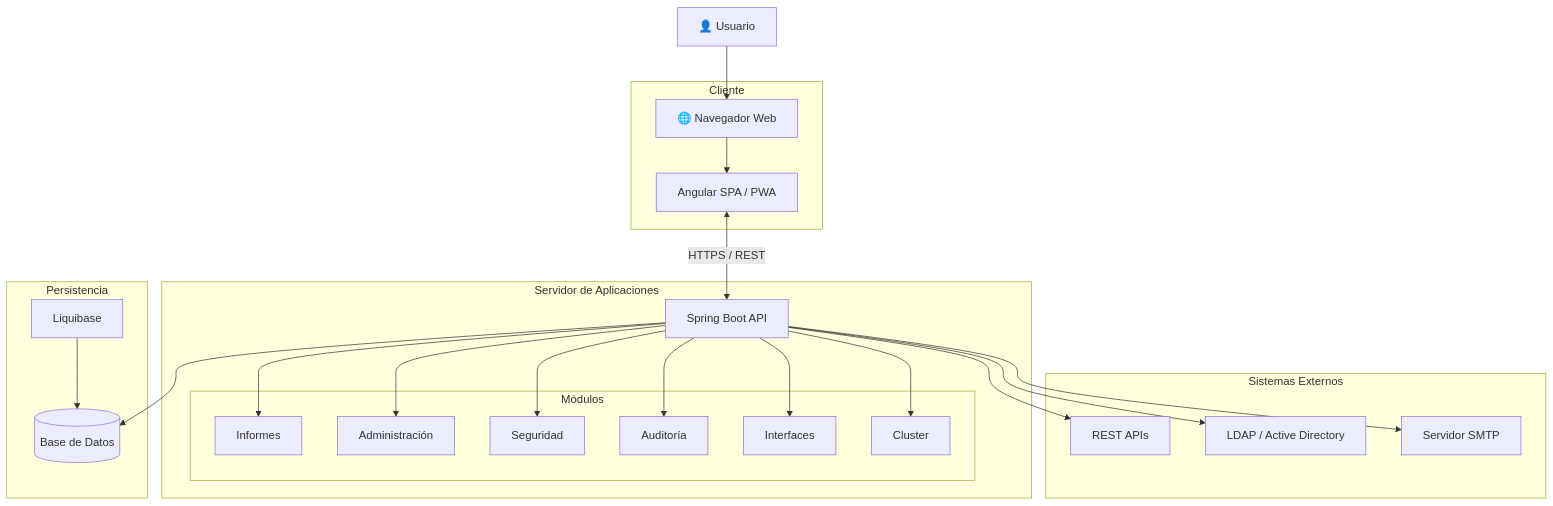
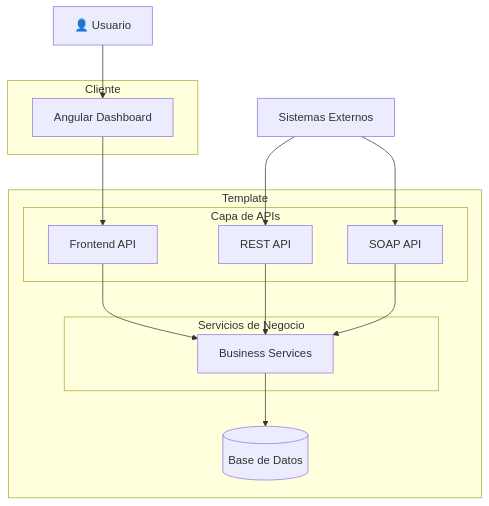
Before and after one commit to ijgomez/template: the first of 5 diagrams in template-docs/01-introduction/architecture.md, drawn with Mermaid. The commit also changed other lines of this file and 4 other files, not shown here.

````diff
--- a/template-docs/01-introduction/architecture.md
+++ b/template-docs/01-introduction/architecture.md
@@ -21,52 +24,38 @@
 ```mermaid
 flowchart TB
 
     User["👤 Usuario"]
 
     subgraph Client["Cliente"]
-        Browser["🌐 Navegador Web"]
-        Angular["Angular SPA / PWA"]
-        Browser --> Angular
+        Angular["Angular Dashboard"]
     end
 
-    subgraph Server["Servidor de Aplicaciones"]
-        API["Spring Boot API"]
+    subgraph Backend["Template"]
 
-        subgraph Modules["Módulos"]
-            Reports["Informes"]
-            Admin["Administración"]
-            Security["Seguridad"]
-            Audit["Auditoría"]
-            Interfaces["Interfaces"]
-            Cluster["Cluster"]
+        subgraph APIs["Capa de APIs"]
+            UI["Frontend API"]
+            REST["REST API"]
+            SOAP["SOAP API"]
         end
 
-        API --> Reports
-        API --> Admin
-        API --> Security
-        API --> Audit
-        API --> Interfaces
-        API --> Cluster
+        subgraph Business["Servicios de Negocio"]
+            Services["Business Services"]
+        end
+
+        Database[(Base de Datos)]
+
+        UI --> Services
+        REST --> Services
+        SOAP --> Services
+
+        Services --> Database
     end
 
-    subgraph Data["Persistencia"]
-        DB[(Base de Datos)]
-        Liquibase["Liquibase"]
-    end
+    External["Sistemas Externos"]
 
-    subgraph External["Sistemas Externos"]
-        REST["REST APIs"]
-        LDAP["LDAP / Active Directory"]
-        Mail["Servidor SMTP"]
-    end
+    User --> Angular
+    Angular --> UI
 
-    User --> Browser
-    Angular <-->|HTTPS / REST| API
-
-    API --> DB
-    Liquibase --> DB
-
-    API --> REST
-    API --> LDAP
-    API --> Mail
+    External --> REST
+    External --> SOAP
 ```
````
